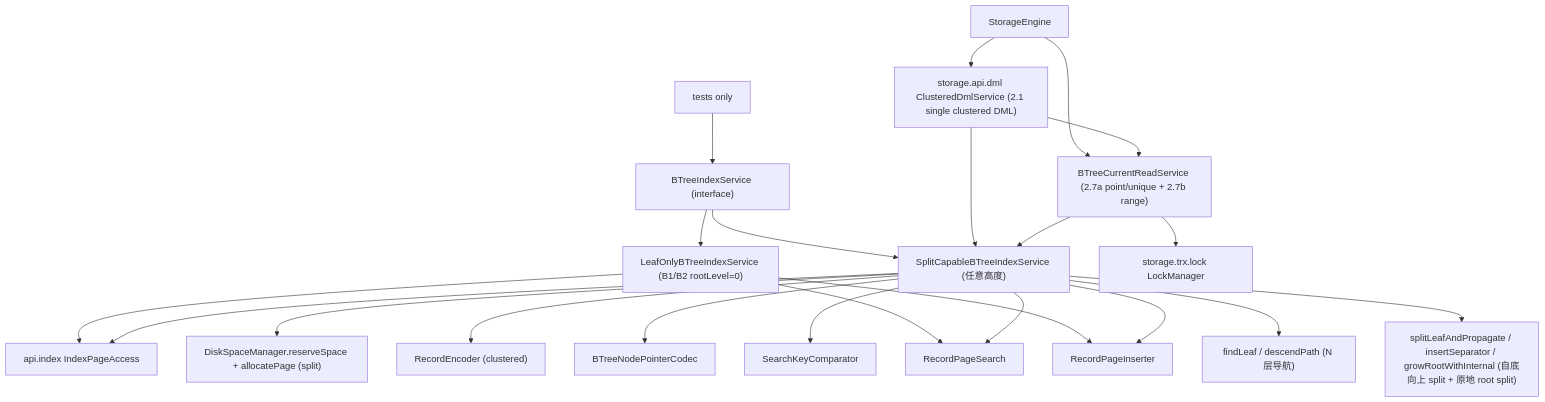
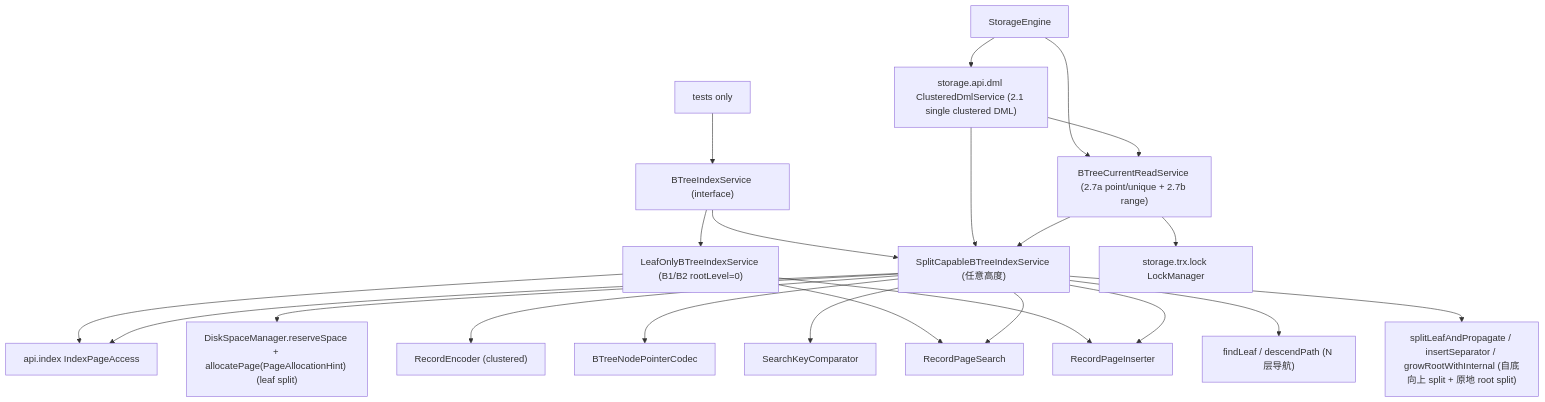
The fourth of 9 diagrams in docs/design/current-implementation-map.md (mywnlb/dbtest), drawn with Mermaid before and after one commit. The commit also changed other lines of this file and 55 other files, not shown here.

````diff
--- a/docs/design/current-implementation-map.md
+++ b/docs/design/current-implementation-map.md
@@ -188,25 +189,25 @@
 ```mermaid
 flowchart TD
   Facade["BTreeIndexService (interface)"]
   Facade --> Leaf["LeafOnlyBTreeIndexService (B1/B2 rootLevel=0)"]
   Facade --> Split["SplitCapableBTreeIndexService (任意高度)"]
   Leaf --> PageAccess["api.index IndexPageAccess"]
   Split --> PageAccess
-  Split --> Disk["DiskSpaceManager.reserveSpace + allocatePage (split)"]
+  Split --> Disk["DiskSpaceManager.reserveSpace + allocatePage(PageAllocationHint) (leaf split)"]
   Split --> RecordEncoder["RecordEncoder (clustered)"]
   Split --> PtrCodec["BTreeNodePointerCodec"]
   Split --> KeyCmp["SearchKeyComparator"]
   Leaf --> RSearch["RecordPageSearch"]
   Split --> RSearch
   Leaf --> RInserter["RecordPageInserter"]
   Split --> RInserter
   Split --> Descend["findLeaf / descendPath (N 层导航)"]
   Split --> SplitEngine["splitLeafAndPropagate / insertSeparator / growRootWithInternal (自底向上 split + 原地 root split)"]
   Engine["StorageEngine"] --> CurrentRead["BTreeCurrentReadService (2.7a point/unique + 2.7b range)"]
   Engine --> DML["storage.api.dml ClusteredDmlService (2.1 single clustered DML)"]
   DML --> CurrentRead
   DML --> Split
   CurrentRead --> Split
   CurrentRead --> LockMgr["storage.trx.lock LockManager"]
   Tests["tests only"] --> Facade
 ```
````
